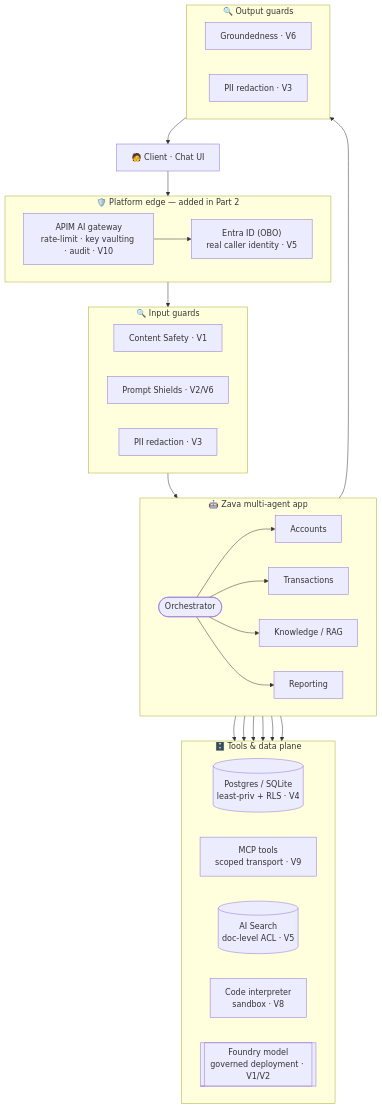
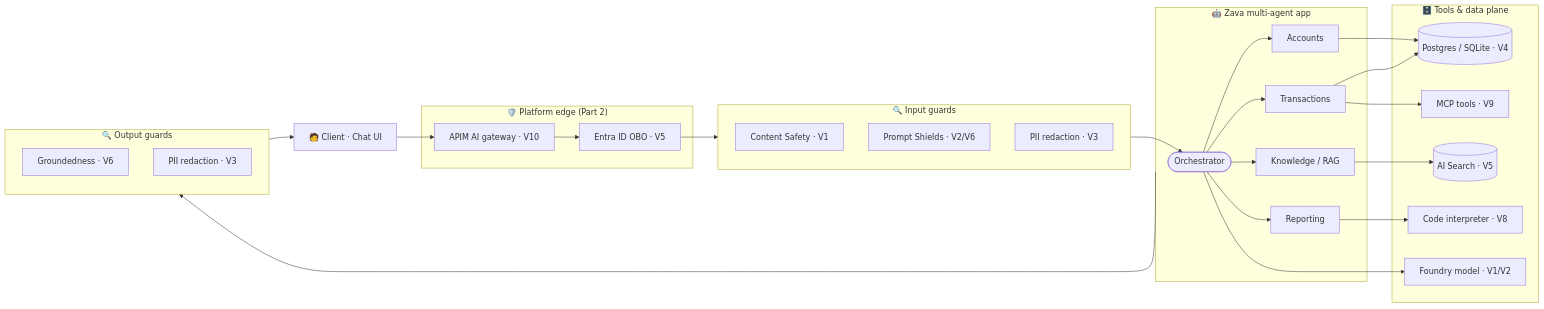
The diagram in docs/workshop.md (yelghali/damn_vulnerable_agentic_app_security), drawn with Mermaid before and after one commit.

Commit message:
docs: use broadly-compatible mermaid syntax so the architecture diagram renders in MOAW (drop subgraph direction overrides + br tags)

````diff
--- a/docs/workshop.md
+++ b/docs/workshop.md
@@ -72,50 +72,49 @@
 ```mermaid
-flowchart TB
+flowchart LR
     U["🧑 Client · Chat UI"]
 
-    subgraph EDGE["🛡️ Platform edge — added in Part 2"]
-      direction LR
-      APIM["APIM AI gateway<br/>rate-limit · key vaulting · audit · V10"]
-      ENTRA["Entra ID (OBO)<br/>real caller identity · V5"]
+    subgraph EDGE["🛡️ Platform edge (Part 2)"]
+      APIM["APIM AI gateway · V10"]
+      ENTRA["Entra ID OBO · V5"]
     end
 
     subgraph IN["🔍 Input guards"]
-      direction LR
       CS["Content Safety · V1"]
       PS["Prompt Shields · V2/V6"]
       PIIin["PII redaction · V3"]
     end
 
     subgraph APP["🤖 Zava multi-agent app"]
-      direction LR
       ORCH(["Orchestrator"])
-      ORCH --> ACC["Accounts"]
-      ORCH --> TX["Transactions"]
-      ORCH --> KN["Knowledge / RAG"]
-      ORCH --> RP["Reporting"]
+      ACC["Accounts"]
+      TX["Transactions"]
+      KN["Knowledge / RAG"]
+      RP["Reporting"]
+      ORCH --> ACC
+      ORCH --> TX
+      ORCH --> KN
+      ORCH --> RP
     end
 
     subgraph DATA["🗄️ Tools & data plane"]
-      direction LR
-      DB[("Postgres / SQLite<br/>least-priv + RLS · V4")]
-      MCP["MCP tools<br/>scoped transport · V9"]
-      AIS[("AI Search<br/>doc-level ACL · V5")]
-      SAND["Code interpreter<br/>sandbox · V8"]
-      MODEL[["Foundry model<br/>governed deployment · V1/V2"]]
+      DB[("Postgres / SQLite · V4")]
+      MCP["MCP tools · V9"]
+      AIS[("AI Search · V5")]
+      SAND["Code interpreter · V8"]
+      MODEL["Foundry model · V1/V2"]
     end
 
     subgraph OUT["🔍 Output guards"]
-      direction LR
       GND["Groundedness · V6"]
       PIIout["PII redaction · V3"]
     end
 
     U --> APIM --> ENTRA --> IN --> ORCH
     ACC --> DB
     TX --> DB
     TX --> MCP
     KN --> AIS
     RP --> SAND
     ORCH --> MODEL
     APP --> OUT --> U
 ```
````
